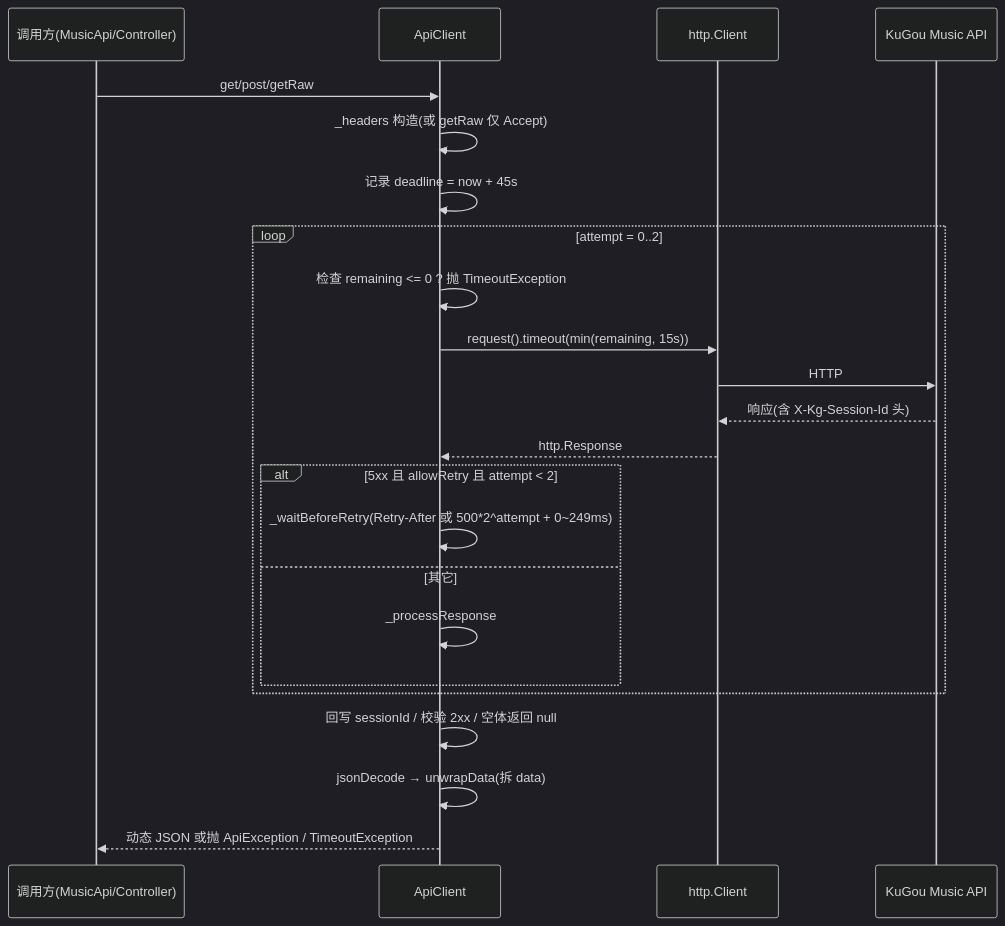
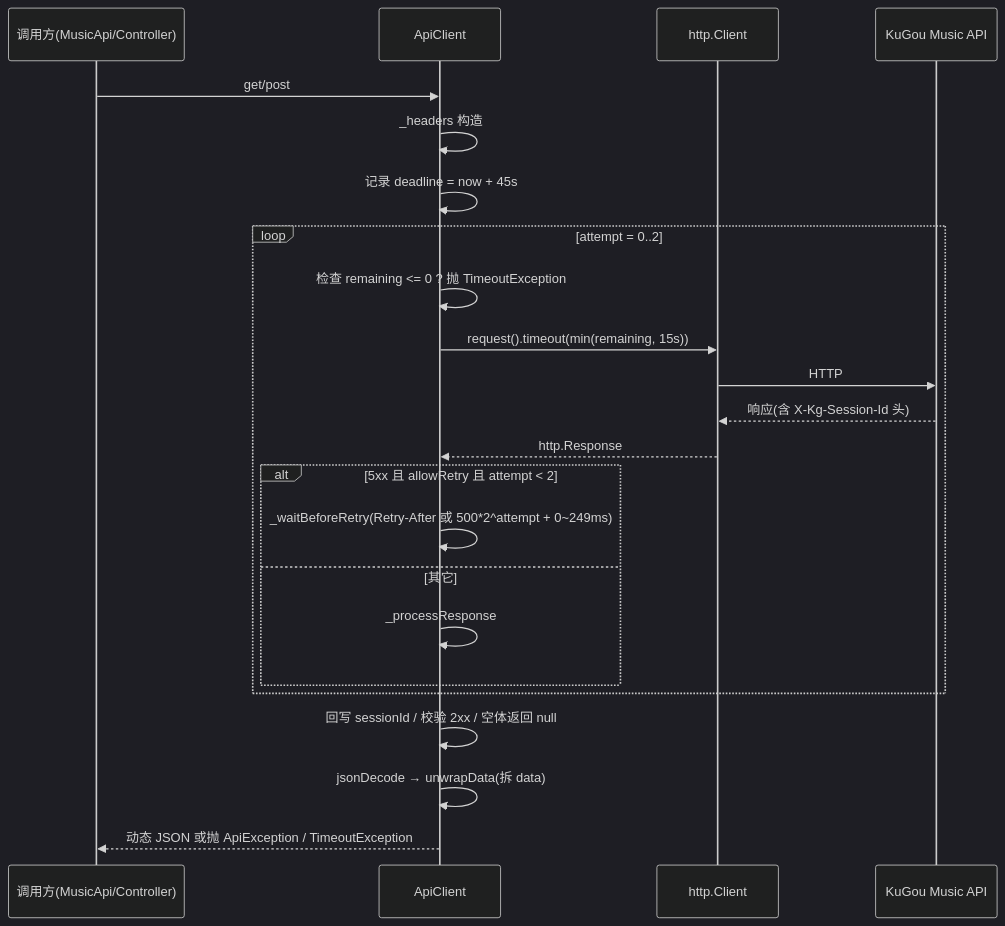
The diagram in docx/03-模块详解/核心层-ApiClient.md (Xiaoqi2145/kgka_Music_hl), drawn with Mermaid (dark theme) before and after one commit. The commit also changed other lines of this file and 63 other files, not shown here.

````diff
--- a/docx/03-模块详解/核心层-ApiClient.md
+++ b/docx/03-模块详解/核心层-ApiClient.md
@@ -93,26 +94,26 @@
 ```mermaid
 sequenceDiagram
     participant C as 调用方(MusicApi/Controller)
     participant A as ApiClient
     participant H as http.Client
     participant B as KuGou Music API
 
-    C->>A: get/post/getRaw
-    A->>A: _headers 构造(或 getRaw 仅 Accept)
+    C->>A: get/post
+    A->>A: _headers 构造
     A->>A: 记录 deadline = now + 45s
     loop attempt = 0..2
         A->>A: 检查 remaining <= 0 ? 抛 TimeoutException
         A->>H: request().timeout(min(remaining, 15s))
         H->>B: HTTP
         B-->>H: 响应(含 X-Kg-Session-Id 头)
         H-->>A: http.Response
         alt 5xx 且 allowRetry 且 attempt < 2
             A->>A: _waitBeforeRetry(Retry-After 或 500*2^attempt + 0~249ms)
         else 其它
             A->>A: _processResponse
         end
     end
     A->>A: 回写 sessionId / 校验 2xx / 空体返回 null
     A->>A: jsonDecode → unwrapData(拆 data)
     A-->>C: 动态 JSON 或抛 ApiException / TimeoutException
 ```
````
